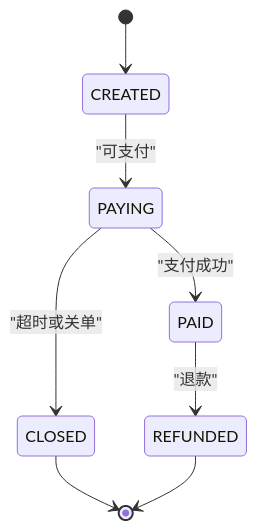
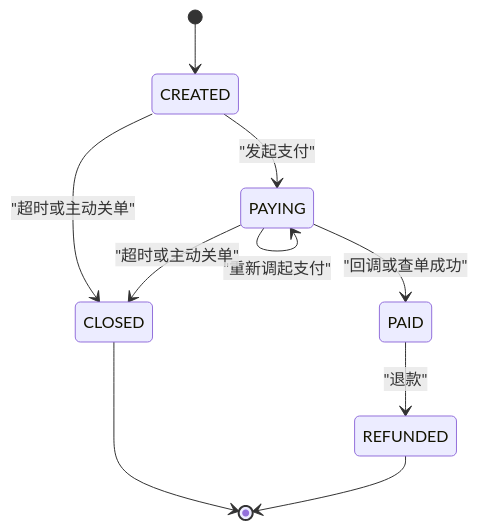
One commit to gbtdesign/payment changed the third of 6 diagrams in .qoder/repowiki/zh/content/项目概述.md. Above: the diagram before and after it, drawn with Mermaid. The commit also changed other lines of this file and 107 other files, not shown here.

````diff
--- a/.qoder/repowiki/zh/content/项目概述.md
+++ b/.qoder/repowiki/zh/content/项目概述.md
@@ -208,10 +160,12 @@
 ```mermaid
 stateDiagram-v2
 [*] --> CREATED
-CREATED --> PAYING : "可支付"
-PAYING --> PAID : "支付成功"
-PAYING --> CLOSED : "超时或关单"
+CREATED --> PAYING : "发起支付"
+CREATED --> CLOSED : "超时或主动关单"
+PAYING --> PAYING : "重新调起支付"
+PAYING --> PAID : "回调或查单成功"
+PAYING --> CLOSED : "超时或主动关单"
 PAID --> REFUNDED : "退款"
 CLOSED --> [*]
 REFUNDED --> [*]
 ```
````
